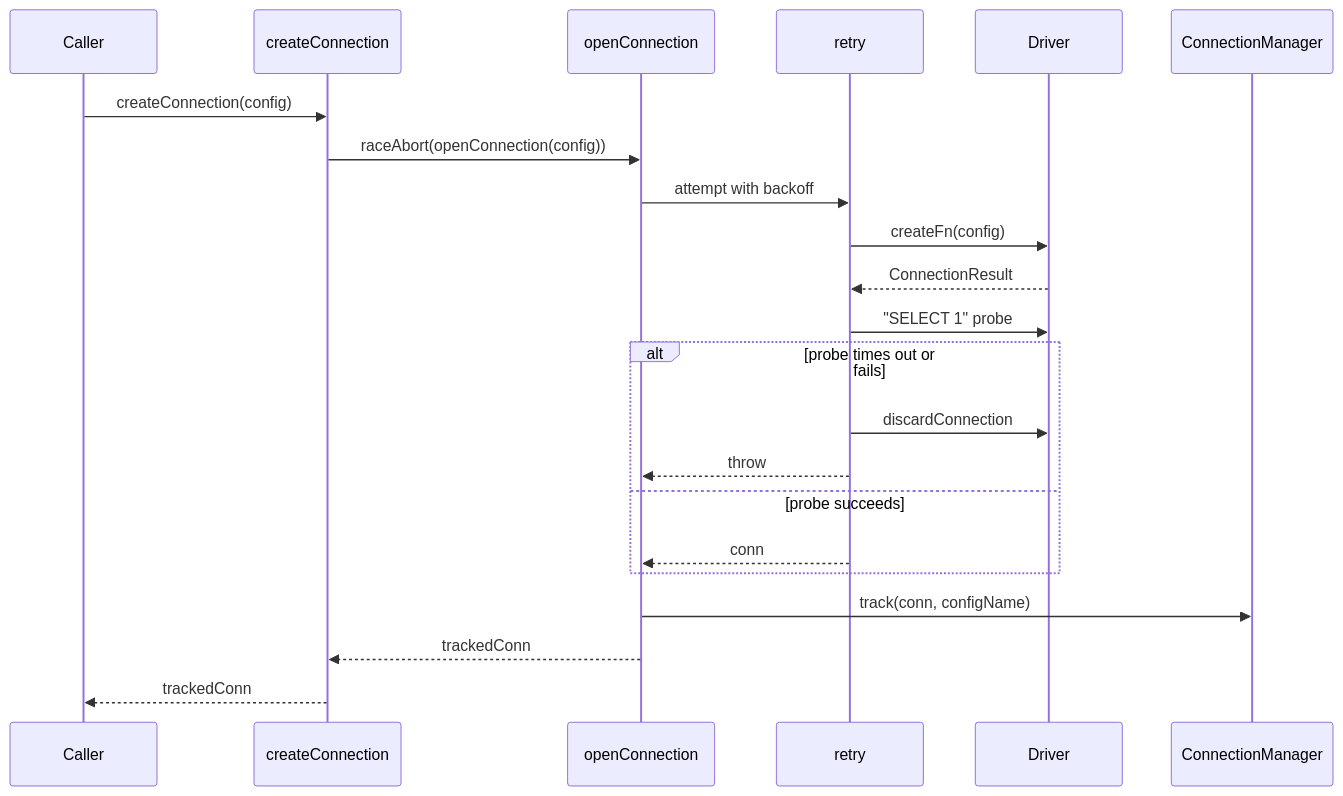
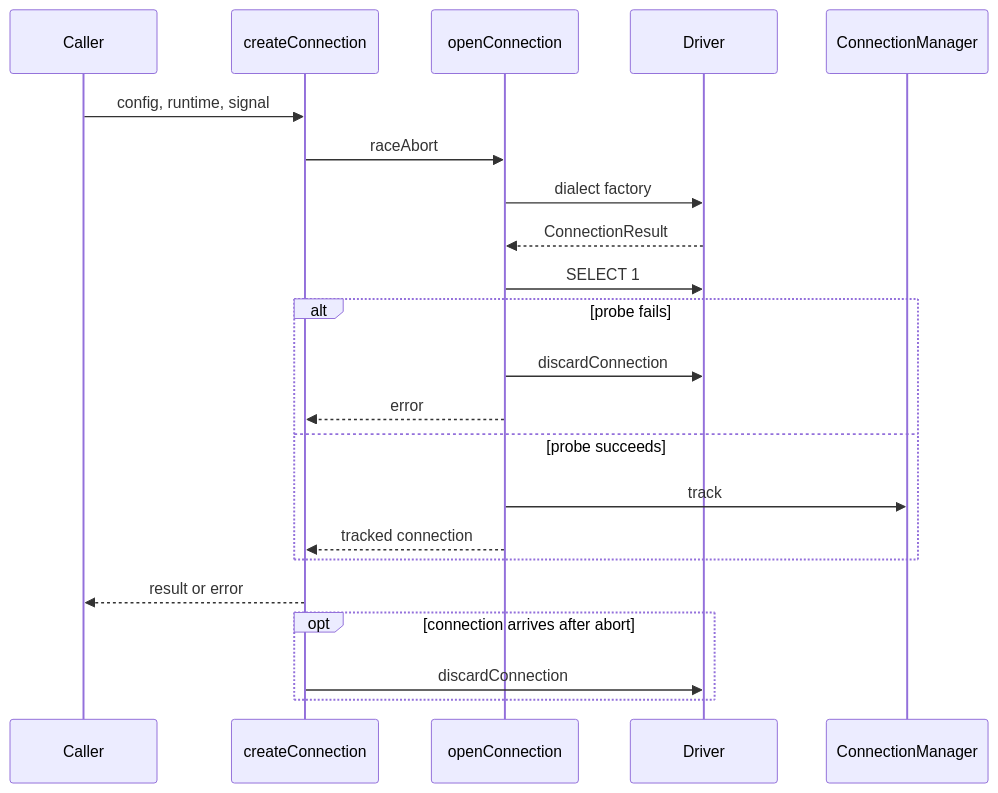
The first of 4 diagrams in docs/wiki/core-db.md (noormdev/noorm), drawn with Mermaid before and after one commit. The commit also changed other lines of this file and 31 other files, not shown here.

Commit message:
docs: refresh config and connection guidance

````diff
--- a/docs/wiki/core-db.md
+++ b/docs/wiki/core-db.md
@@ -21,25 +24,26 @@
 ```mermaid
 sequenceDiagram
+    %% source: src/core/connection/factory.ts
     participant Caller
-    participant createConnection
-    participant openConnection
-    participant retry
+    participant Factory as createConnection
+    participant Open as openConnection
     participant Driver
-    participant ConnectionManager
+    participant Manager as ConnectionManager
 
-    Caller->>createConnection: createConnection(config)
-    createConnection->>openConnection: raceAbort(openConnection(config))
-    openConnection->>retry: attempt with backoff
-    retry->>Driver: createFn(config)
-    Driver-->>retry: ConnectionResult
-    retry->>Driver: "SELECT 1" probe
-    alt probe times out or fails
-        retry->>Driver: discardConnection
-        retry-->>openConnection: throw
+    Caller->>Factory: config, runtime, signal
+    Factory->>Open: raceAbort
+    Open->>Driver: dialect factory
+    Driver-->>Open: ConnectionResult
+    Open->>Driver: SELECT 1
+    alt probe fails
+        Open->>Driver: discardConnection
+        Open-->>Factory: error
     else probe succeeds
-        retry-->>openConnection: conn
+        Open->>Manager: track
+        Open-->>Factory: tracked connection
     end
-    openConnection->>ConnectionManager: track(conn, configName)
-    openConnection-->>createConnection: trackedConn
-    createConnection-->>Caller: trackedConn
+    Factory-->>Caller: result or error
+    opt connection arrives after abort
+        Factory->>Driver: discardConnection
+    end
 ```
````
